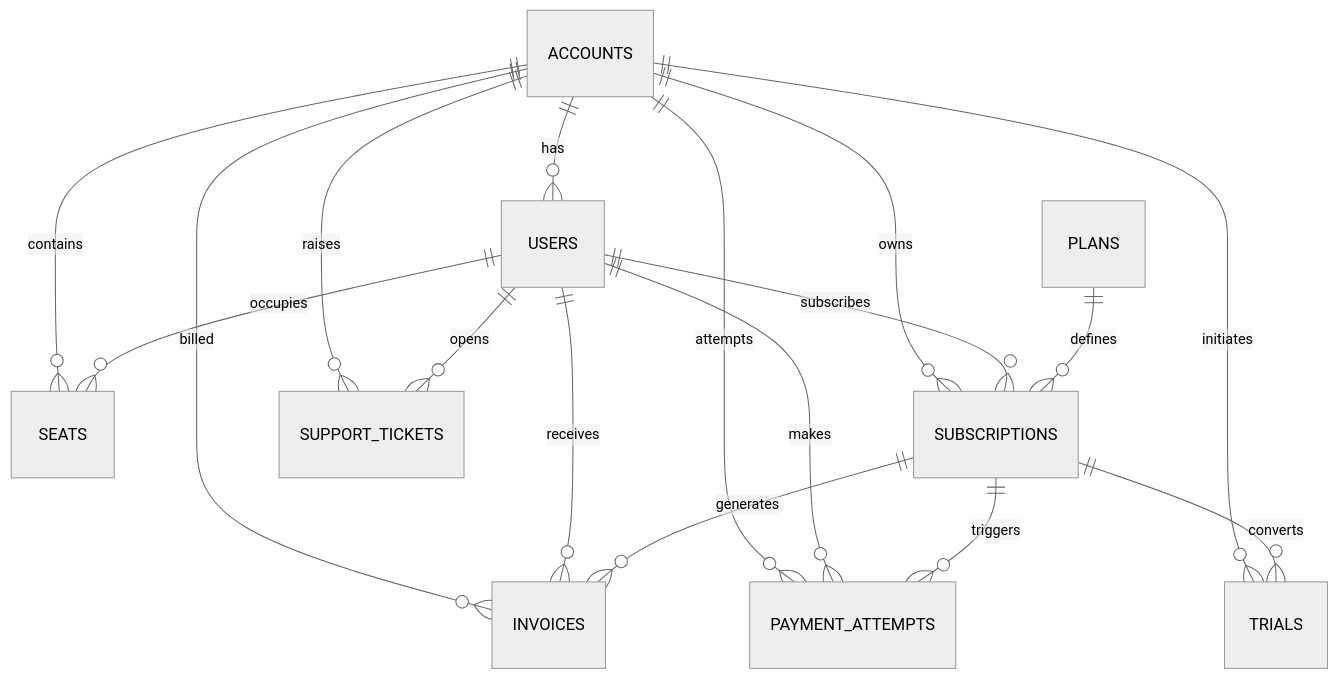
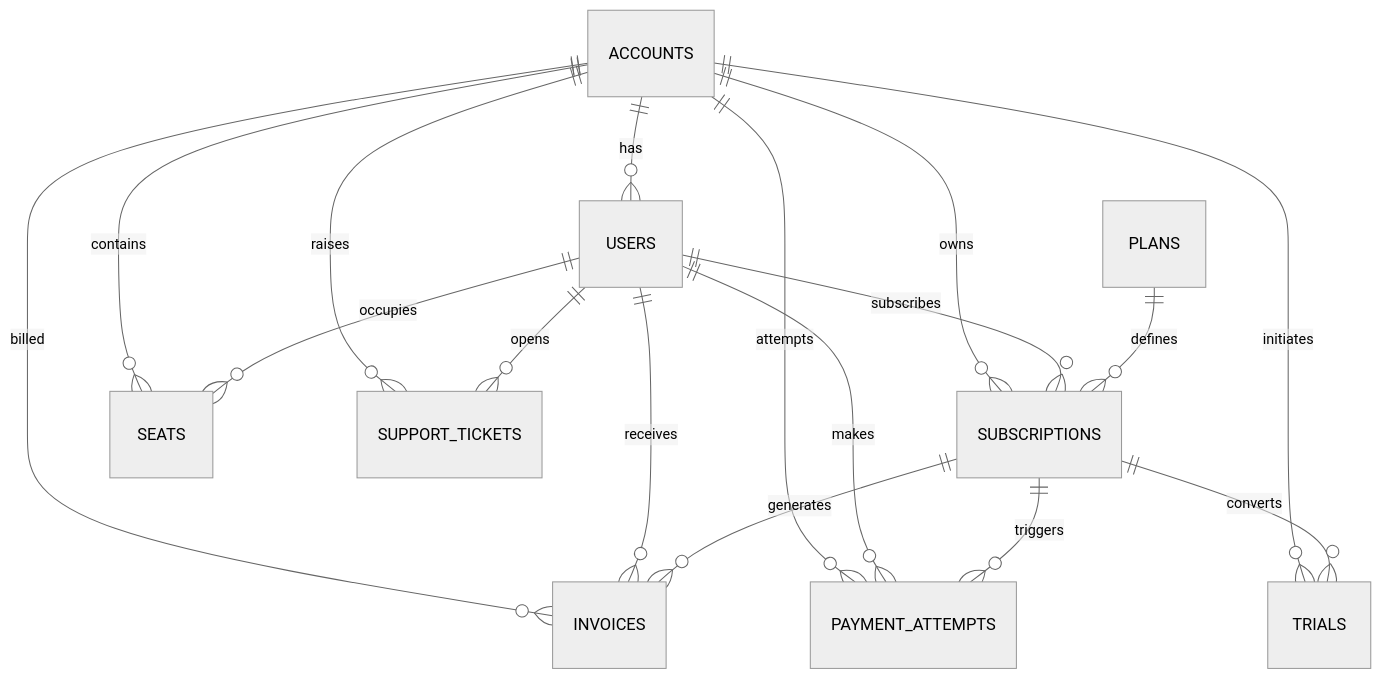
The diagram in notes/saas_schema.md (dikshaadsul27-wq/sql-product-analytics), drawn with Mermaid (neutral theme) before and after one commit.

````diff
--- a/notes/saas_schema.md
+++ b/notes/saas_schema.md
@@ -118,24 +118,21 @@
 ```mermaid
 erDiagram
-    %% Core entities at the center
     ACCOUNTS ||--o{ USERS : "has"
-    ACCOUNTS ||--o{ SEATS : "contains"
     ACCOUNTS ||--o{ SUBSCRIPTIONS : "owns"
     ACCOUNTS ||--o{ INVOICES : "billed"
     ACCOUNTS ||--o{ PAYMENT_ATTEMPTS : "attempts"
+    ACCOUNTS ||--o{ SEATS : "contains"
     ACCOUNTS ||--o{ SUPPORT_TICKETS : "raises"
     ACCOUNTS ||--o{ TRIALS : "initiates"
 
-    %% User relationships grouped together
-    USERS ||--o{ SEATS : "occupies"
     USERS ||--o{ SUBSCRIPTIONS : "subscribes"
     USERS ||--o{ INVOICES : "receives"
     USERS ||--o{ PAYMENT_ATTEMPTS : "makes"
+    USERS ||--o{ SEATS : "occupies"
     USERS ||--o{ SUPPORT_TICKETS : "opens"
 
-    %% Subscription and billing flow
-    PLANS ||--o{ SUBSCRIPTIONS : "defines"
     SUBSCRIPTIONS ||--o{ INVOICES : "generates"
     SUBSCRIPTIONS ||--o{ PAYMENT_ATTEMPTS : "triggers"
     SUBSCRIPTIONS ||--o{ TRIALS : "converts"
+    PLANS ||--o{ SUBSCRIPTIONS : "defines"
 ```
````
